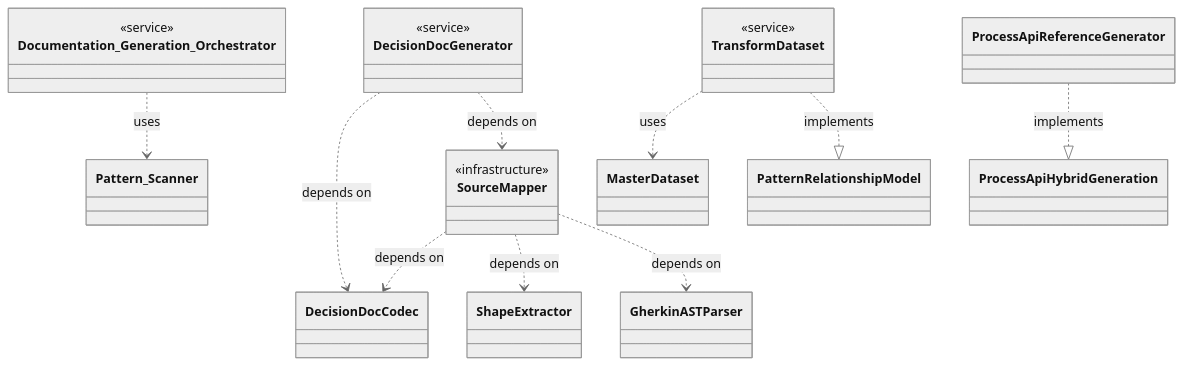
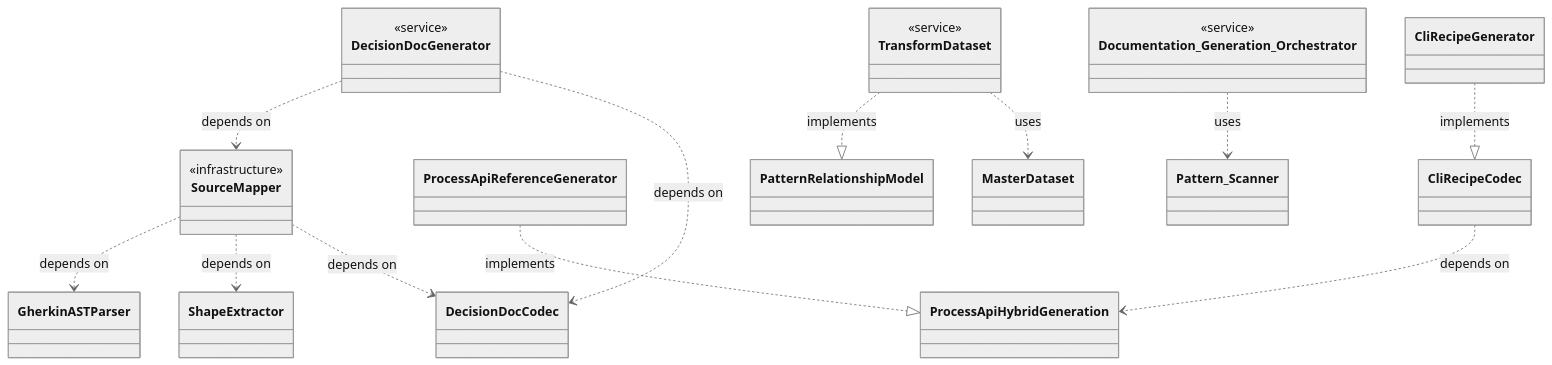
The third of 6 diagrams in docs-live/reference/REFERENCE-SAMPLE.md (libar-dev/architect), drawn with Mermaid (neutral theme) before and after one commit. The commit also changed other lines of this file and 62 other files, not shown here.

````diff
--- a/docs-live/reference/REFERENCE-SAMPLE.md
+++ b/docs-live/reference/REFERENCE-SAMPLE.md
@@ -243,33 +243,38 @@
 ```mermaid
 classDiagram
     class SourceMapper {
         <<infrastructure>>
     }
     class Documentation_Generation_Orchestrator {
         <<service>>
     }
     class TransformDataset {
         <<service>>
     }
     class ProcessApiReferenceGenerator {
     }
     class DecisionDocGenerator {
         <<service>>
     }
+    class CliRecipeGenerator {
+    }
+    class MasterDataset
     class Pattern_Scanner
     class GherkinASTParser
     class ShapeExtractor
-    class MasterDataset
     class DecisionDocCodec
     class ProcessApiHybridGeneration
     class PatternRelationshipModel
+    class CliRecipeCodec
     SourceMapper ..> DecisionDocCodec : depends on
     SourceMapper ..> ShapeExtractor : depends on
     SourceMapper ..> GherkinASTParser : depends on
     Documentation_Generation_Orchestrator ..> Pattern_Scanner : uses
     TransformDataset ..> MasterDataset : uses
     TransformDataset ..|> PatternRelationshipModel : implements
     ProcessApiReferenceGenerator ..|> ProcessApiHybridGeneration : implements
     DecisionDocGenerator ..> DecisionDocCodec : depends on
     DecisionDocGenerator ..> SourceMapper : depends on
+    CliRecipeGenerator ..|> CliRecipeCodec : implements
+    CliRecipeCodec ..> ProcessApiHybridGeneration : depends on
 ```
````
